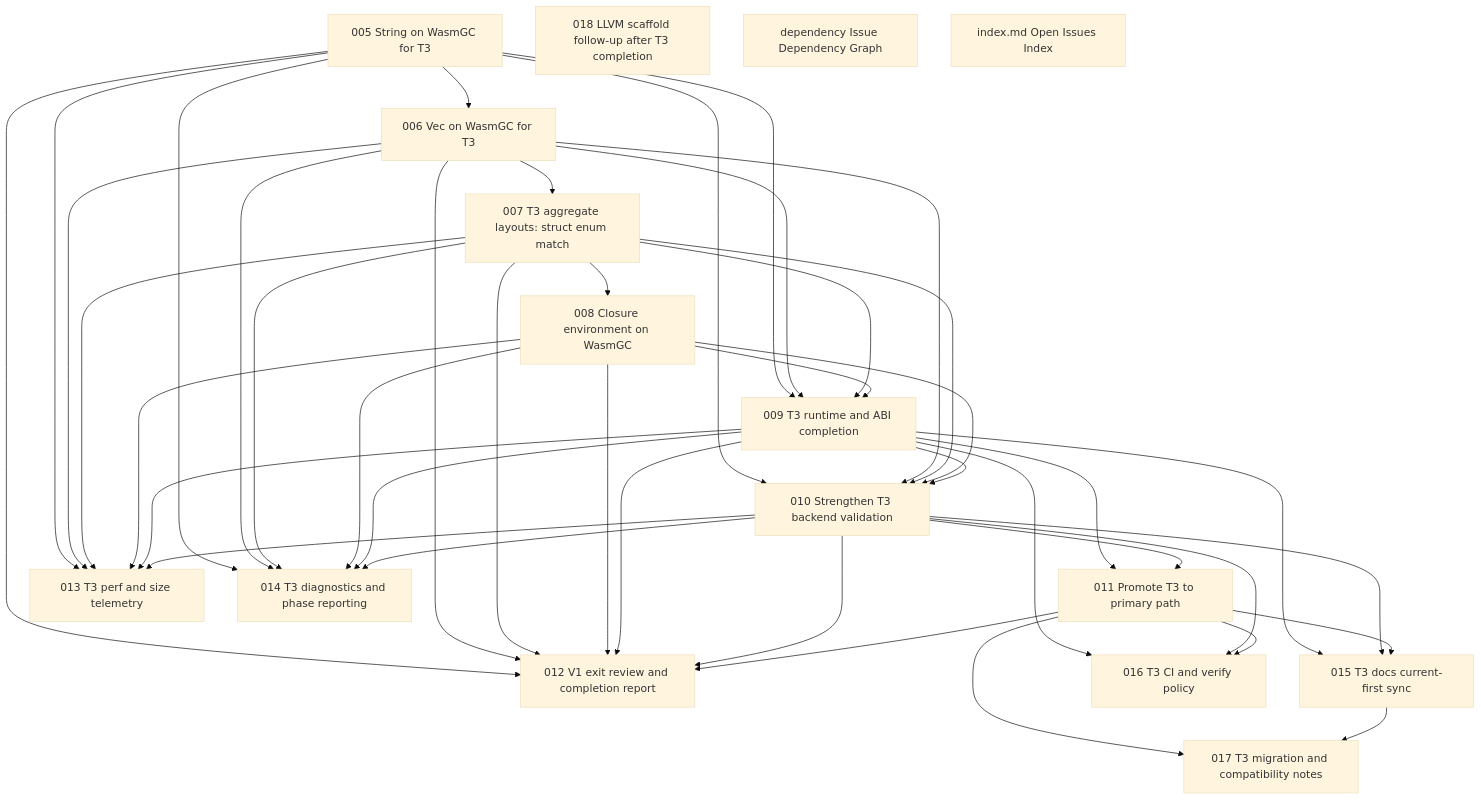
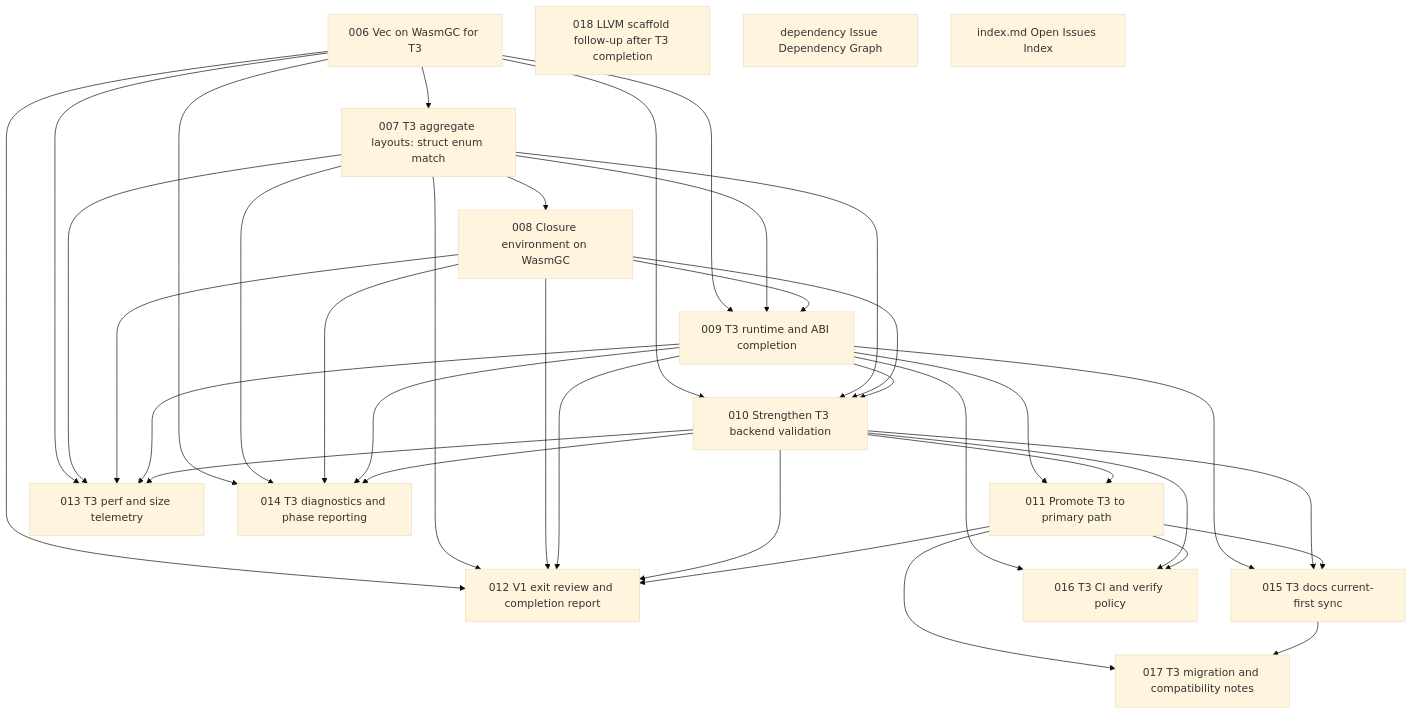
Before and after one commit to wogikaze/arukellt: the diagram in issues/open/dependency-graph.md, drawn with Mermaid (base theme). The commit also changed other lines of this file and 6 other files, not shown here.

````diff
--- a/issues/open/dependency-graph.md
+++ b/issues/open/dependency-graph.md
@@ -7,60 +7,53 @@
 ```mermaid
 graph TD
-  I005["005 String on WasmGC for T3"]
+  I006["006 Vec on WasmGC for T3"]
   I018["018 LLVM scaffold follow-up after T3 completion"]
   Idependency["dependency Issue Dependency Graph"]
   Iindex.md["index.md Open Issues Index"]
-  I006["006 Vec on WasmGC for T3"]
   I007["007 T3 aggregate layouts: struct enum match"]
   I008["008 Closure environment on WasmGC"]
   I009["009 T3 runtime and ABI completion"]
   I010["010 Strengthen T3 backend validation"]
   I011["011 Promote T3 to primary path"]
   I013["013 T3 perf and size telemetry"]
   I014["014 T3 diagnostics and phase reporting"]
   I012["012 V1 exit review and completion report"]
   I015["015 T3 docs current-first sync"]
   I016["016 T3 CI and verify policy"]
   I017["017 T3 migration and compatibility notes"]
-  I005 --> I006
   I006 --> I007
   I007 --> I008
-  I005 --> I009
   I006 --> I009
   I007 --> I009
   I008 --> I009
-  I005 --> I010
   I006 --> I010
   I007 --> I010
   I008 --> I010
   I009 --> I010
   I009 --> I011
   I010 --> I011
-  I005 --> I013
   I006 --> I013
   I007 --> I013
   I008 --> I013
   I009 --> I013
   I010 --> I013
-  I005 --> I014
   I006 --> I014
   I007 --> I014
   I008 --> I014
   I009 --> I014
   I010 --> I014
-  I005 --> I012
   I006 --> I012
   I007 --> I012
   I008 --> I012
   I009 --> I012
   I010 --> I012
   I011 --> I012
   I009 --> I015
   I010 --> I015
   I011 --> I015
   I009 --> I016
   I010 --> I016
   I011 --> I016
   I011 --> I017
   I015 --> I017
 ```
````
